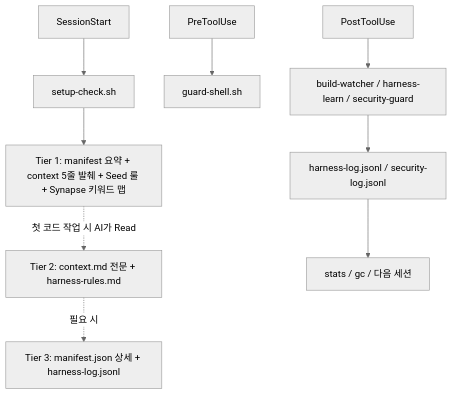
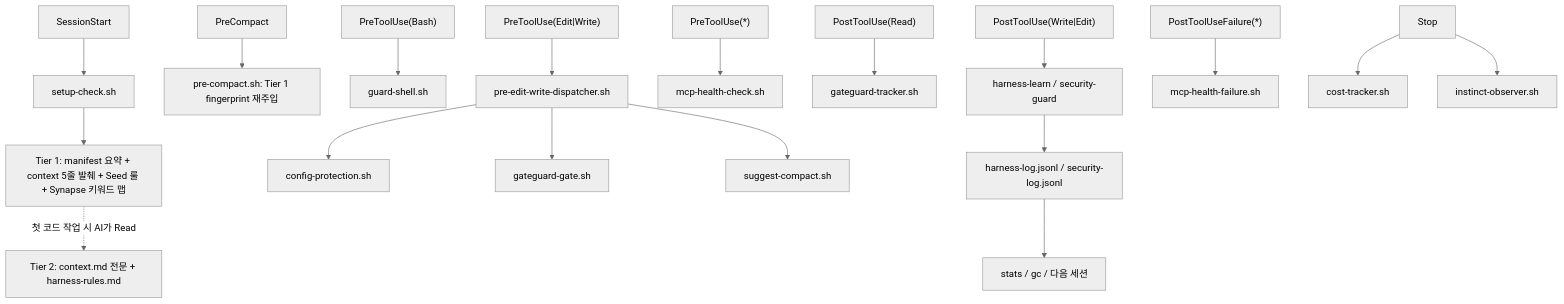
Before and after one commit to Jimmy-Jung/ai-symbiote: the diagram in docs/04-주요-기능.md, drawn with Mermaid (neutral theme). The commit also changed other lines of this file and 2 other files, not shown here.

Commit message:
docs: Session Intelligence Suite 문서 업데이트
- CHANGELOG.md: 8개 기능 + dispatcher 통합 기록
- docs/04-주요-기능.md: 훅 파이프라인 다이어그램 전면 갱신 (16개 훅), 요약 테이블 추가, 스킬 목록에 context-budget/instinct-status 추가
- docs/02-아키텍처.md: 훅 개수 10→16, 서브시스템 설명 갱신, 플랫폼별 기능 차이 테이블 확장 (PreCompact/PostToolUseFailure/GateGuard/MCP Health)

````diff
--- a/docs/04-주요-기능.md
+++ b/docs/04-주요-기능.md
@@ -10,11 +10,25 @@
 ```mermaid
 flowchart TD
     A["SessionStart"] --> B["setup-check.sh"]
     B --> T1["Tier 1: manifest 요약 + context 5줄 발췌 + Seed 룰 + Synapse 키워드 맵"]
     T1 -.->|"첫 코드 작업 시 AI가 Read"| T2["Tier 2: context.md 전문 + harness-rules.md"]
-    T2 -.->|"필요 시"| T3["Tier 3: manifest.json 상세 + harness-log.jsonl"]
-    D["PreToolUse"] --> E["guard-shell.sh"]
-    F["PostToolUse"] --> G["build-watcher / harness-learn / security-guard"]
+
+    C["PreCompact"] --> PC["pre-compact.sh: Tier 1 fingerprint 재주입"]
+
+    D["PreToolUse(Bash)"] --> E["guard-shell.sh"]
+    D2["PreToolUse(Edit|Write)"] --> DISP["pre-edit-write-dispatcher.sh"]
+    DISP --> CP["config-protection.sh"]
+    DISP --> GG["gateguard-gate.sh"]
+    DISP --> SC["suggest-compact.sh"]
+    D3["PreToolUse(*)"] --> MH["mcp-health-check.sh"]
+
+    F["PostToolUse(Read)"] --> GT["gateguard-tracker.sh"]
+    F2["PostToolUse(Write|Edit)"] --> G["harness-learn / security-guard"]
+    F3["PostToolUseFailure(*)"] --> MF["mcp-health-failure.sh"]
+
+    S["Stop"] --> CT["cost-tracker.sh"]
+    S --> IO["instinct-observer.sh"]
+
     G --> H["harness-log.jsonl / security-log.jsonl"]
     H --> I["stats / gc / 다음 세션"]
 ```
````
